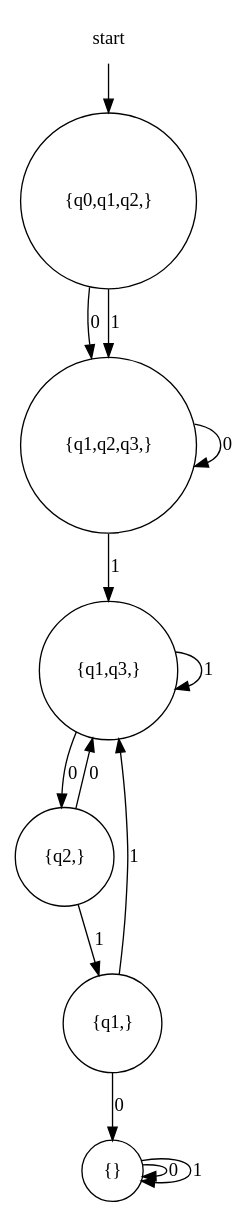
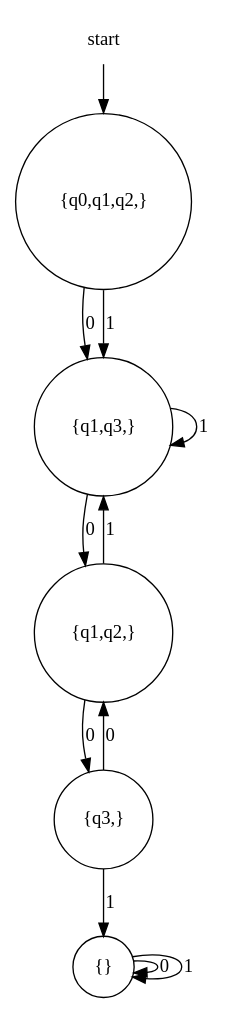
The diagram in Helix/engine_r/eNFA-DFA/TestMSSC_Tim/testNFA3.xml.dot (evertheylen/TA_TO), drawn with Graphviz before and after one commit. The commit also changed 5 other files, not shown here.

```diff
--- a/Helix/engine_r/eNFA-DFA/TestMSSC_Tim/testNFA3.xml.dot
+++ b/Helix/engine_r/eNFA-DFA/TestMSSC_Tim/testNFA3.xml.dot
@@ -1,17 +1,15 @@
 digraph automaton {
     node [shape=none]; start;
     node [shape=circle];
     start -> "{q0,q1,q2,}";
-    "{q0,q1,q2,}" -> "{q1,q2,q3,}" [label="0"];
-    "{q0,q1,q2,}" -> "{q1,q2,q3,}" [label="1"];
-    "{q1,q2,q3,}" -> "{q1,q2,q3,}" [label="0"];
-    "{q1,q2,q3,}" -> "{q1,q3,}" [label="1"];
-    "{q1,q3,}" -> "{q2,}" [label="0"];
+    "{q0,q1,q2,}" -> "{q1,q3,}" [label="0"];
+    "{q0,q1,q2,}" -> "{q1,q3,}" [label="1"];
+    "{q1,q3,}" -> "{q1,q2,}" [label="0"];
     "{q1,q3,}" -> "{q1,q3,}" [label="1"];
-    "{q2,}" -> "{q1,q3,}" [label="0"];
-    "{q2,}" -> "{q1,}" [label="1"];
-    "{q1,}" -> "{}" [label="0"];
-    "{q1,}" -> "{q1,q3,}" [label="1"];
+    "{q1,q2,}" -> "{q3,}" [label="0"];
+    "{q1,q2,}" -> "{q1,q3,}" [label="1"];
+    "{q3,}" -> "{q1,q2,}" [label="0"];
+    "{q3,}" -> "{}" [label="1"];
     "{}" -> "{}" [label="0"];
     "{}" -> "{}" [label="1"];
 }
```
